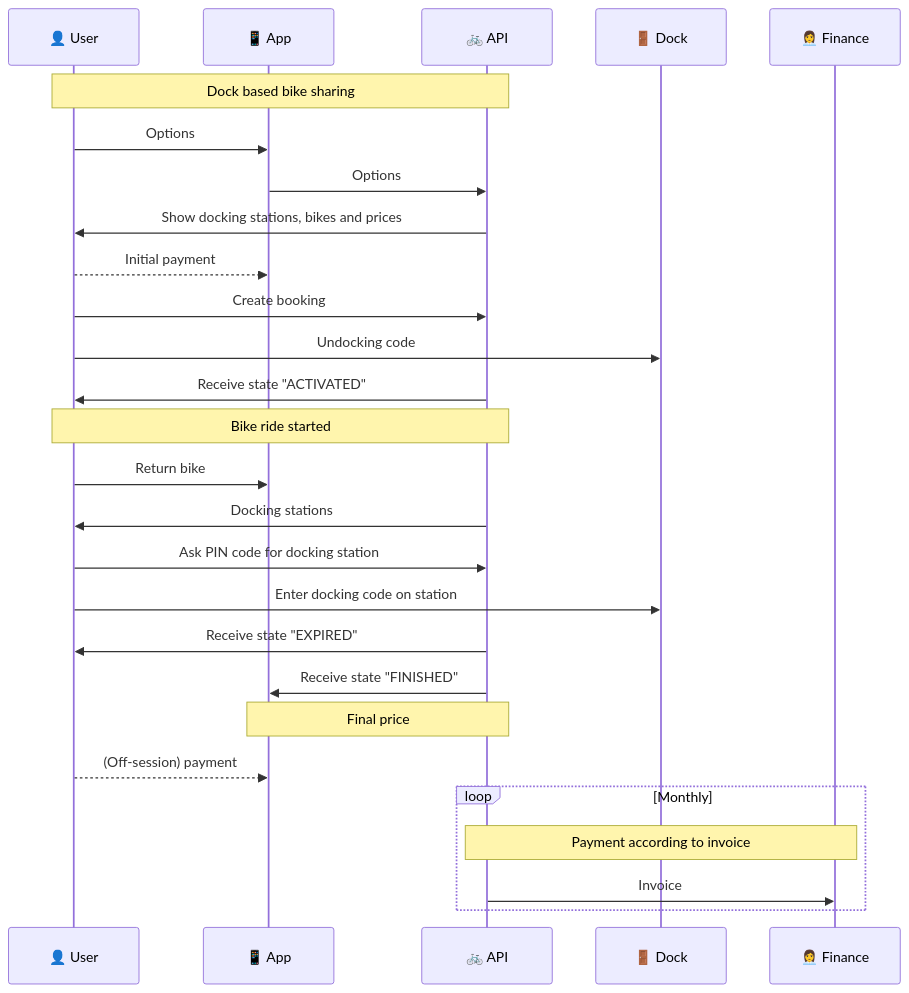
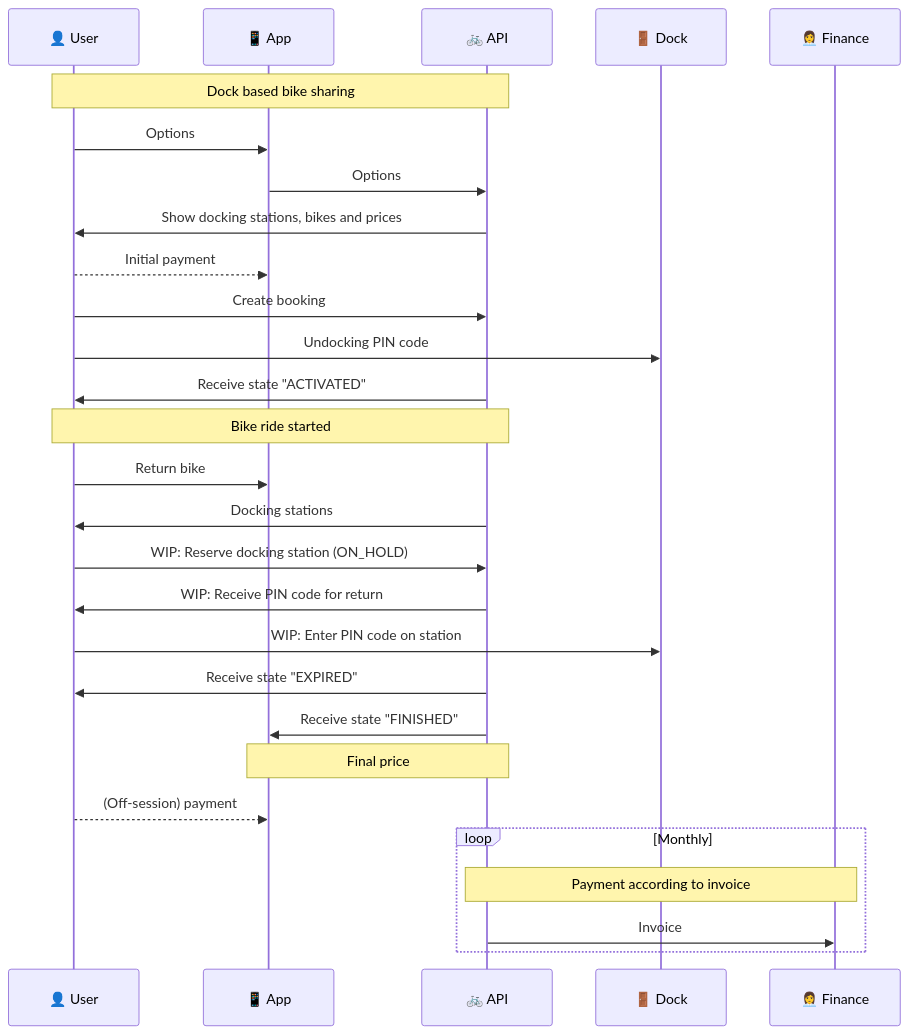
Before and after one commit to maasglobal/maas-tsp-api: the diagram in specs/workflow/docked-bike-sequence.mmd, drawn with Mermaid. The commit also changed 7 other files, not shown here.

Commit message:
Future version: Using ON_HOLD state for docking station reservation on return  (#64)

```diff
--- a/specs/workflow/docked-bike-sequence.mmd
+++ b/specs/workflow/docked-bike-sequence.mmd
@@ -1,30 +1,31 @@
 sequenceDiagram
   %% MermaidJS sequences for docked bike interaction
   %% Use https://mermaid-js.github.io/mermaid-live-editor/ to edit
   %% For docking and undocking a bike you need to provide a PIN code 
   participant User as 👤 User
   participant App as 📱 App
   participant TSP as 🚲 API
   participant Dock as 🚪 Dock
   participant Finance as 👩‍💼 Finance
   Note over User,TSP: Dock based bike sharing
   User->>App: Options
   App->>TSP: Options
   TSP->>User: Show docking stations, bikes and prices
   User-->>App: Initial payment
   User->>TSP: Create booking
-  User->>Dock: Undocking code
+  User->>Dock: Undocking PIN code
   TSP->>User: Receive state "ACTIVATED"
   Note over User,TSP: Bike ride started
   User->>App: Return bike
   TSP->>User: Docking stations
-  User->>TSP: Ask PIN code for docking station
-  User->>Dock: Enter docking code on station
+  User->>TSP: WIP: Reserve docking station (ON_HOLD)
+  TSP->>User: WIP: Receive PIN code for return
+  User->>Dock: WIP: Enter PIN code on station
   TSP->>User: Receive state "EXPIRED"
   TSP->>App: Receive state "FINISHED"
   Note over App,TSP: Final price
   User-->>App: (Off-session) payment
   loop Monthly
     Note over TSP,Finance: Payment according to invoice
     TSP->>Finance: Invoice 
   end
```
